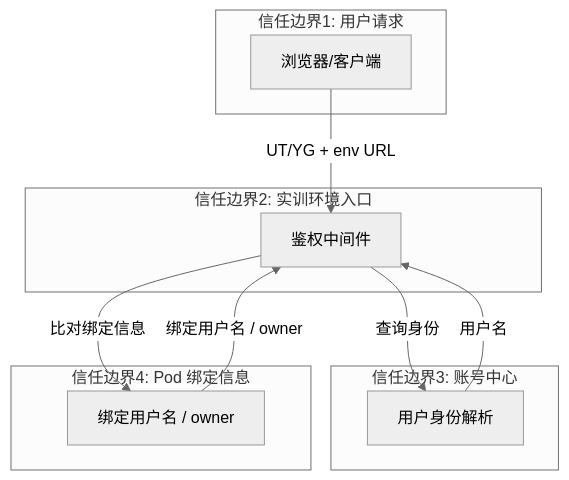
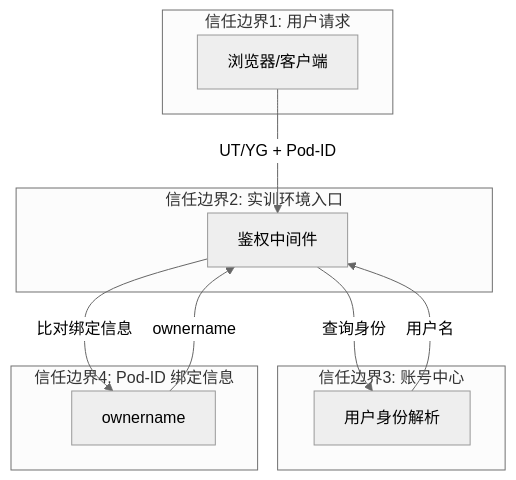
One commit to GeorgeCao-hw/backlog-test changed the third of 3 diagrams in opensourceways/backlog/issue_docs/151/Architecture Desgin/#151 Architecture Design Specification.md. Above: the diagram before and after it, drawn with Mermaid (neutral theme). The commit also changed other lines of this file and 1 other file, not shown here.

````diff
--- a/opensourceways/backlog/issue_docs/151/Architecture Desgin/#151 Architecture Design Specification.md
+++ b/opensourceways/backlog/issue_docs/151/Architecture Desgin/#151 Architecture Design Specification.md
@@ -115,20 +115,20 @@
 ```mermaid
 flowchart TB
     subgraph T1[信任边界1: 用户请求]
         U[浏览器/客户端]
     end
     subgraph T2[信任边界2: 实训环境入口]
         G[鉴权中间件]
     end
     subgraph T3[信任边界3: 账号中心]
         C[用户身份解析]
     end
-    subgraph T4[信任边界4: Pod 绑定信息]
-        P[绑定用户名 / owner]
+    subgraph T4[信任边界4: Pod-ID 绑定信息]
+        P[ownername]
     end
-    U -->|UT/YG + env URL| G
+    U -->|UT/YG + Pod-ID| G
     G -->|查询身份| C
     C -->|用户名| G
     G -->|比对绑定信息| P
-    P -->|绑定用户名 / owner| G
+    P -->|ownername| G
 ```
````
